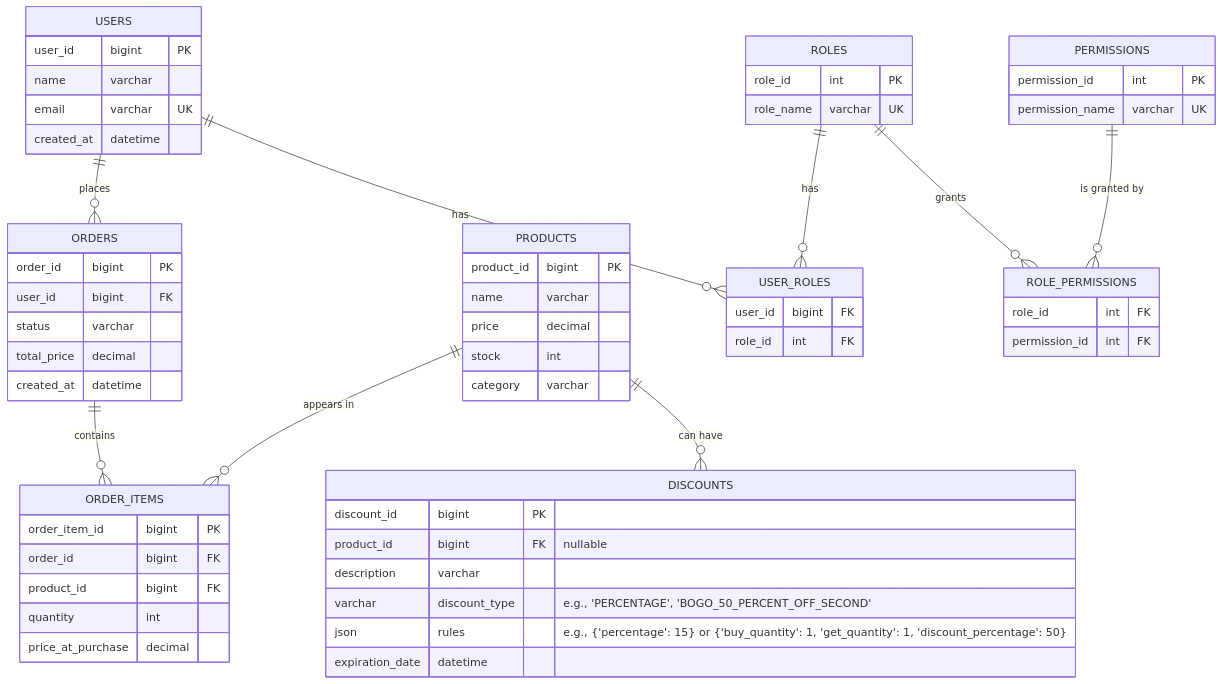
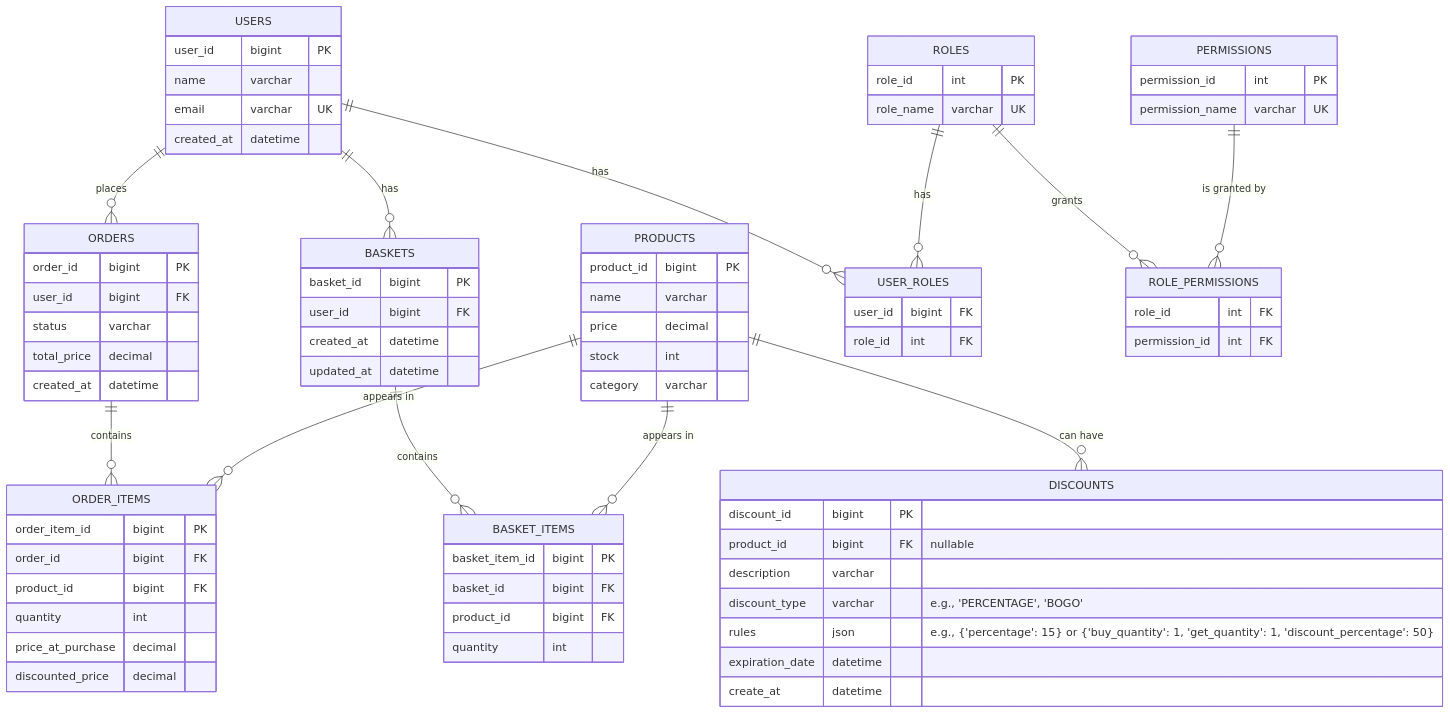
One commit to ngaikkeung/electronic-store-checkout-backend changed the eighth of 8 diagrams in Diagram.md. Above: the diagram before and after it, drawn with Mermaid. The commit also changed other lines of this file and 43 other files, not shown here.

Commit message:
Refactor discount strategy Add unit test Update diagram, README.md document

````diff
--- a/Diagram.md
+++ b/Diagram.md
@@ -373,9 +395,10 @@
         discount_id bigint PK
         product_id bigint FK "nullable"
         description varchar
-        varchar discount_type "e.g., 'PERCENTAGE', 'BOGO_50_PERCENT_OFF_SECOND'"
-        json rules "e.g., {'percentage': 15} or {'buy_quantity': 1, 'get_quantity': 1, 'discount_percentage': 50}"
+        discount_type varchar "e.g., 'PERCENTAGE', 'BOGO'"
+        rules json "e.g., {'percentage': 15} or {'buy_quantity': 1, 'get_quantity': 1, 'discount_percentage': 50}"
         expiration_date datetime
+        create_at datetime
     }
 
     ORDERS {
@@ -392,6 +415,21 @@
         product_id bigint FK
         quantity int
         price_at_purchase decimal
+        discounted_price decimal
+    }
+
+    BASKETS {
+        basket_id bigint PK
+        user_id bigint FK
+        created_at datetime
+        updated_at datetime
+    }
+
+    BASKET_ITEMS {
+        basket_item_id bigint PK
+        basket_id bigint FK
+        product_id bigint FK
+        quantity int
     }
 
     %% --- Join Tables for Many-to-Many Relationships ---
@@ -413,5 +451,8 @@
     USERS ||--o{ ORDERS : "places"
     ORDERS ||--o{ ORDER_ITEMS : "contains"
     PRODUCTS ||--o{ ORDER_ITEMS : "appears in"
+    USERS ||--o{ BASKETS : "has"
+    BASKETS ||--o{ BASKET_ITEMS : "contains"
+    PRODUCTS ||--o{ BASKET_ITEMS : "appears in"
     PRODUCTS ||--o{ DISCOUNTS : "can have"
 ```
````
